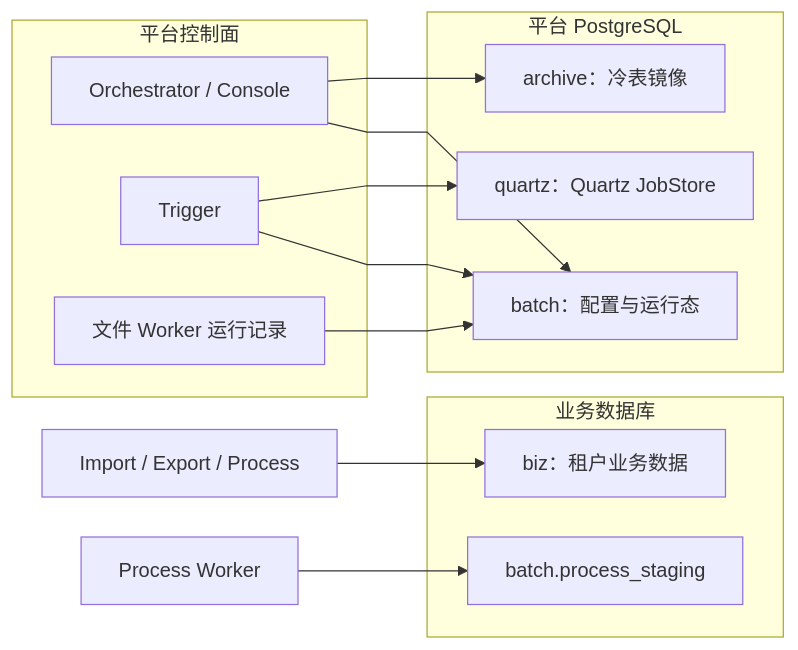
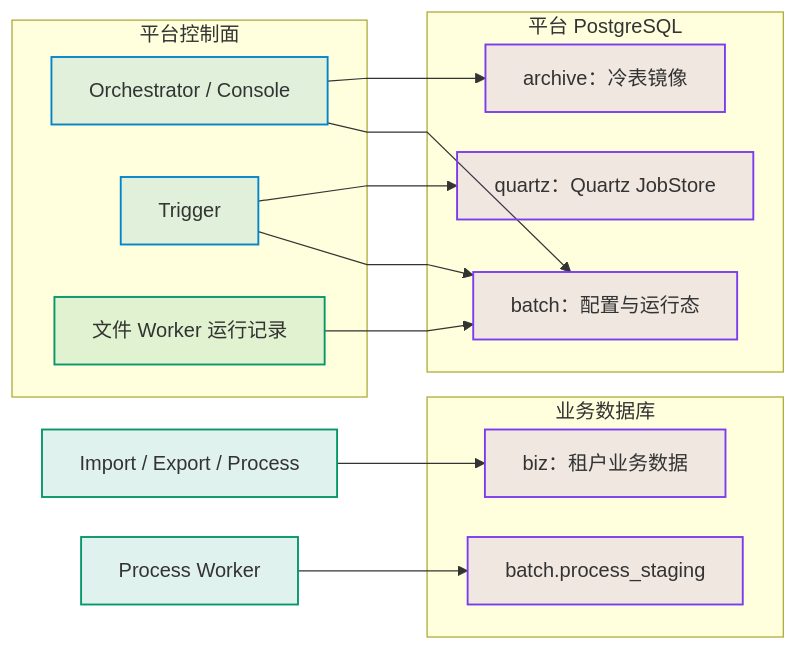
Before and after one commit to pinpols/file-batch-system: the first of 3 diagrams in docs/design/database-schema-guide.md, drawn with Mermaid. The commit also changed other lines of this file and 34 other files, not shown here.

First line of the commit message:
docs(diagram): 完成 P3 Mermaid 图样式收口并补充制图规范 (#1390)

````diff
--- a/docs/design/database-schema-guide.md
+++ b/docs/design/database-schema-guide.md
@@ -18,25 +18,29 @@
 ```mermaid
 %%{init: {"flowchart":{"curve":"linear","nodeSpacing":32,"rankSpacing":48},"sequence":{"mirrorActors":false}}}%%
 flowchart LR
   subgraph control[平台控制面]
-    O[Orchestrator / Console]
-    T[Trigger]
-    W[文件 Worker 运行记录]
+    O[Orchestrator / Console]:::control
+    T[Trigger]:::control
+    W[文件 Worker 运行记录]:::worker
   end
   subgraph platform[平台 PostgreSQL]
-    B[batch：配置与运行态]
-    A[archive：冷表镜像]
-    Q[quartz：Quartz JobStore]
+    B[batch：配置与运行态]:::store
+    A[archive：冷表镜像]:::store
+    Q[quartz：Quartz JobStore]:::store
   end
   O --> B
   O --> A
   T --> B
   T --> Q
   W --> B
   subgraph business[业务数据库]
-    D[biz：租户业务数据]
-    S[batch.process_staging]
+    D[biz：租户业务数据]:::store
+    S[batch.process_staging]:::store
   end
-  I[Import / Export / Process] --> D
-  P[Process Worker] --> S
+  I[Import / Export / Process]:::worker --> D
+  P[Process Worker]:::worker --> S
+
+  classDef control fill:#0284c71f,stroke:#0284c7,stroke-width:1.5px
+  classDef worker fill:#0596691f,stroke:#059669,stroke-width:1.5px
+  classDef store fill:#7c3aed1f,stroke:#7c3aed,stroke-width:1.5px
 ```
````
